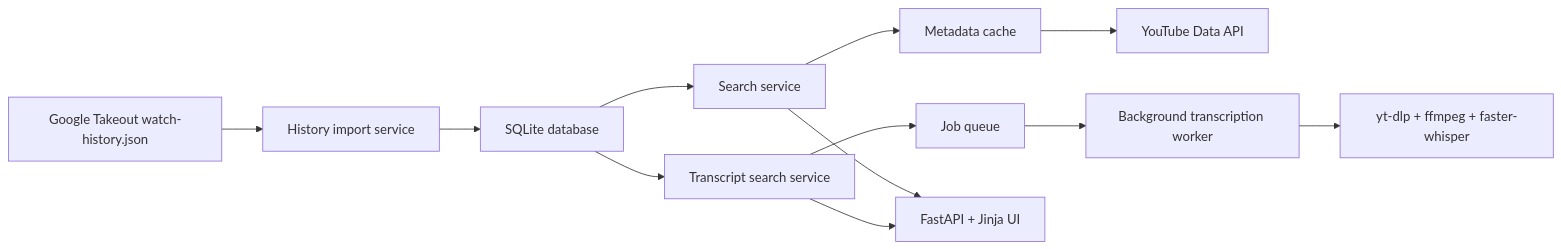
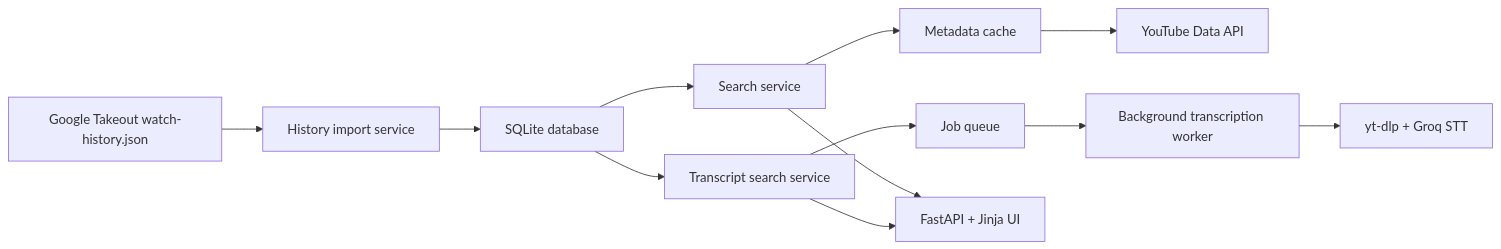
The diagram in README.md (SeeknnDestroy/video_finder), drawn with Mermaid before and after one commit. The commit also changed other lines of this file, not shown here.

Commit message:
docs: update transcription docs for Groq

````diff
--- a/README.md
+++ b/README.md
@@ -26,14 +26,14 @@
 ```mermaid
 flowchart LR
     A["Google Takeout watch-history.json"] --> B["History import service"]
     B --> C["SQLite database"]
     C --> D["Search service"]
     C --> E["Transcript search service"]
     D --> F["Metadata cache"]
     F --> G["YouTube Data API"]
     E --> H["Job queue"]
     H --> I["Background transcription worker"]
-    I --> J["yt-dlp + ffmpeg + faster-whisper"]
+    I --> J["yt-dlp + Groq STT"]
     D --> K["FastAPI + Jinja UI"]
     E --> K
 ```
````
